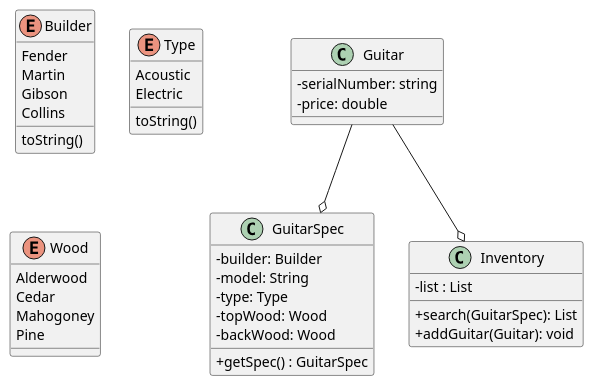
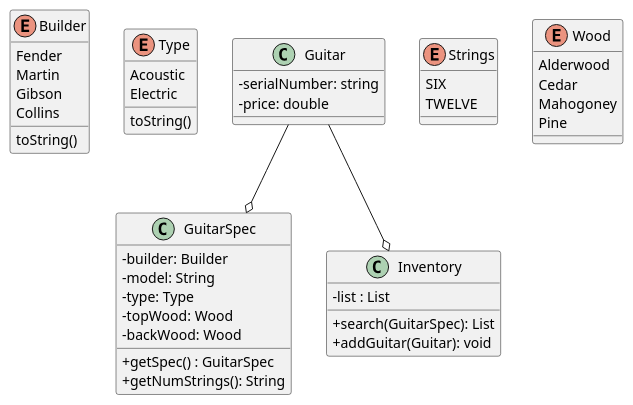
One commit to t00137667/GuitarShop changed the diagram in src/ClassDiagram.puml. Above: the diagram before and after it, drawn with PlantUML. The commit also changed 5 other files, not shown here.

```diff
--- a/src/ClassDiagram.puml
+++ b/src/ClassDiagram.puml
@@ -1,50 +1,57 @@
 @startuml
 
 skinparam classAttributeIconSize 0
+Builder -[hidden]>Type
 
 class Guitar {
 -serialNumber: string
 -price: double
 
 }
 
 class GuitarSpec{
 -builder: Builder
 -model: String
 -type: Type
 -topWood: Wood
 -backWood: Wood
 +getSpec() : GuitarSpec
++getNumStrings(): String
 }
 
 class Inventory {
 -list : List
 +search(GuitarSpec): List
 +addGuitar(Guitar): void
 }
 
 enum Builder {
 Fender
 Martin
 Gibson
 Collins
 toString()
+}
+
+enum Strings{
+SIX
+TWELVE
 }
 
 enum Type {
 Acoustic
 Electric
 toString()
 }
 
 enum Wood {
 Alderwood
 Cedar
 Mahogoney
 Pine
 }
 
 Guitar --o Inventory
 Guitar --o GuitarSpec
 
 @enduml
```
